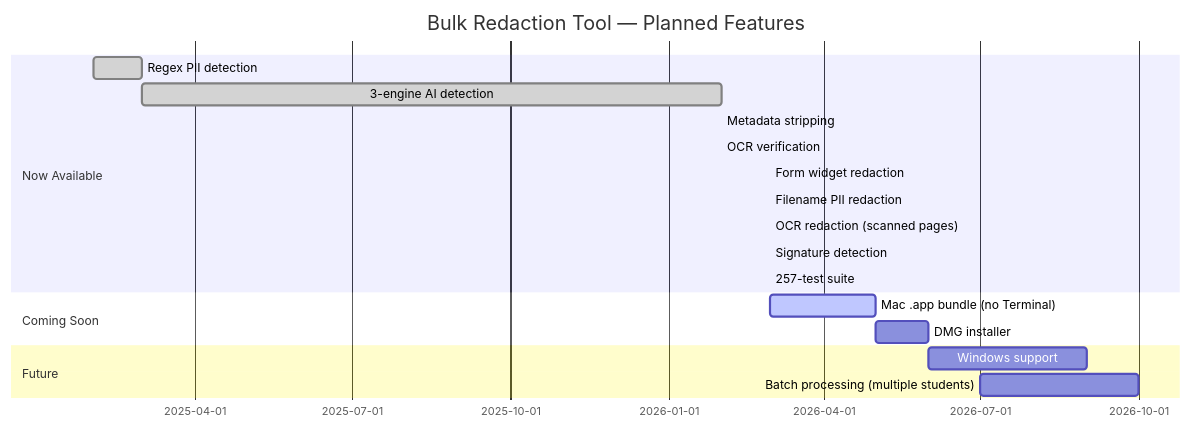
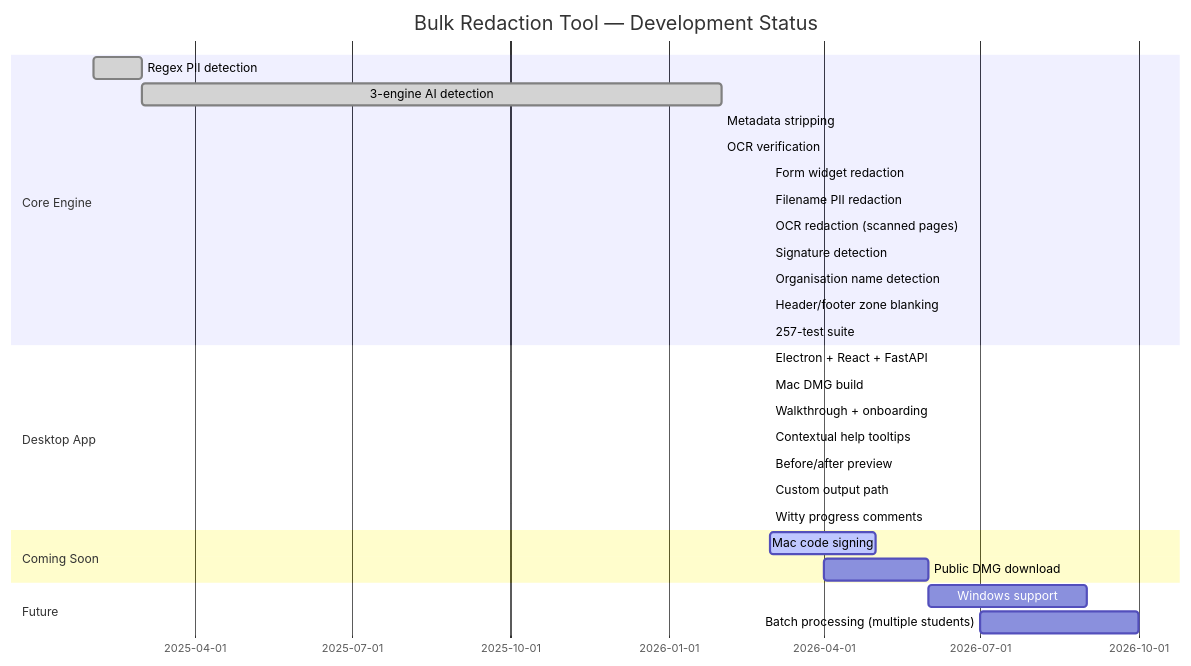
One commit to mrdavearms/student-doc-redactor changed the third of 3 diagrams in README.md. Above: the diagram before and after it, drawn with Mermaid. The commit also changed other lines of this file and 1 other file, not shown here.

First line of the commit message:
docs: update README and CLAUDE.md for desktop app and UX polish

````diff
--- a/README.md
+++ b/README.md
@@ -546,21 +554,31 @@
 ```mermaid
 gantt
-    title Bulk Redaction Tool — Planned Features
+    title Bulk Redaction Tool — Development Status
     dateFormat  YYYY-MM
-    section Now Available
+    section Core Engine
     Regex PII detection           :done, 2025-02, 2025-03
     3-engine AI detection         :done, 2025-03, 2026-02
     Metadata stripping            :done, 2026-02, 2026-02
     OCR verification              :done, 2026-02, 2026-02
     Form widget redaction         :done, 2026-03, 2026-03
     Filename PII redaction        :done, 2026-03, 2026-03
     OCR redaction (scanned pages) :done, 2026-03, 2026-03
     Signature detection           :done, 2026-03, 2026-03
+    Organisation name detection   :done, 2026-03, 2026-03
+    Header/footer zone blanking   :done, 2026-03, 2026-03
     257-test suite                :done, 2026-03, 2026-03
+    section Desktop App
+    Electron + React + FastAPI    :done, 2026-03, 2026-03
+    Mac DMG build                 :done, 2026-03, 2026-03
+    Walkthrough + onboarding      :done, 2026-03, 2026-03
+    Contextual help tooltips      :done, 2026-03, 2026-03
+    Before/after preview          :done, 2026-03, 2026-03
+    Custom output path            :done, 2026-03, 2026-03
+    Witty progress comments       :done, 2026-03, 2026-03
     section Coming Soon
-    Mac .app bundle (no Terminal) :active, 2026-03, 2026-05
-    DMG installer                 :2026-05, 2026-06
+    Mac code signing              :active, 2026-03, 2026-05
+    Public DMG download           :2026-04, 2026-06
     section Future
     Windows support               :2026-06, 2026-09
     Batch processing (multiple students) :2026-07, 2026-10
 ```
````
